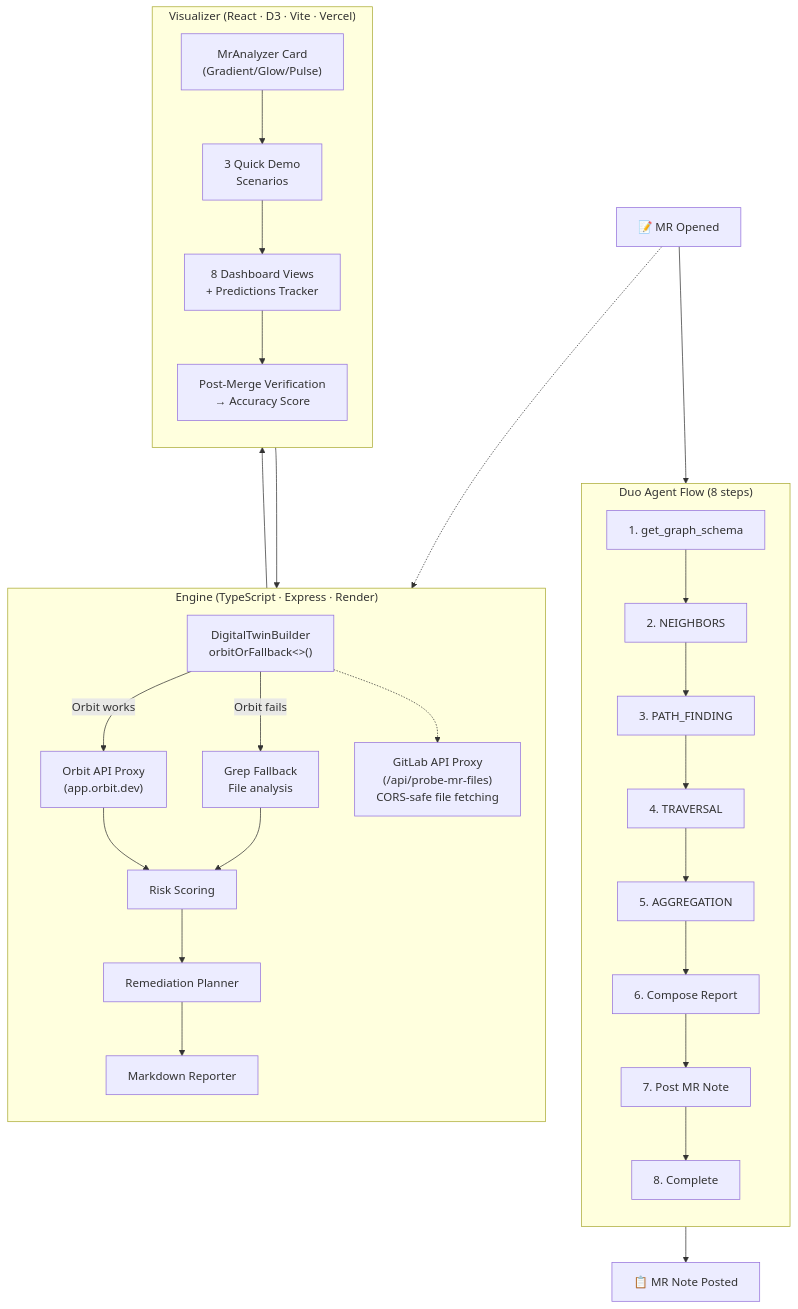
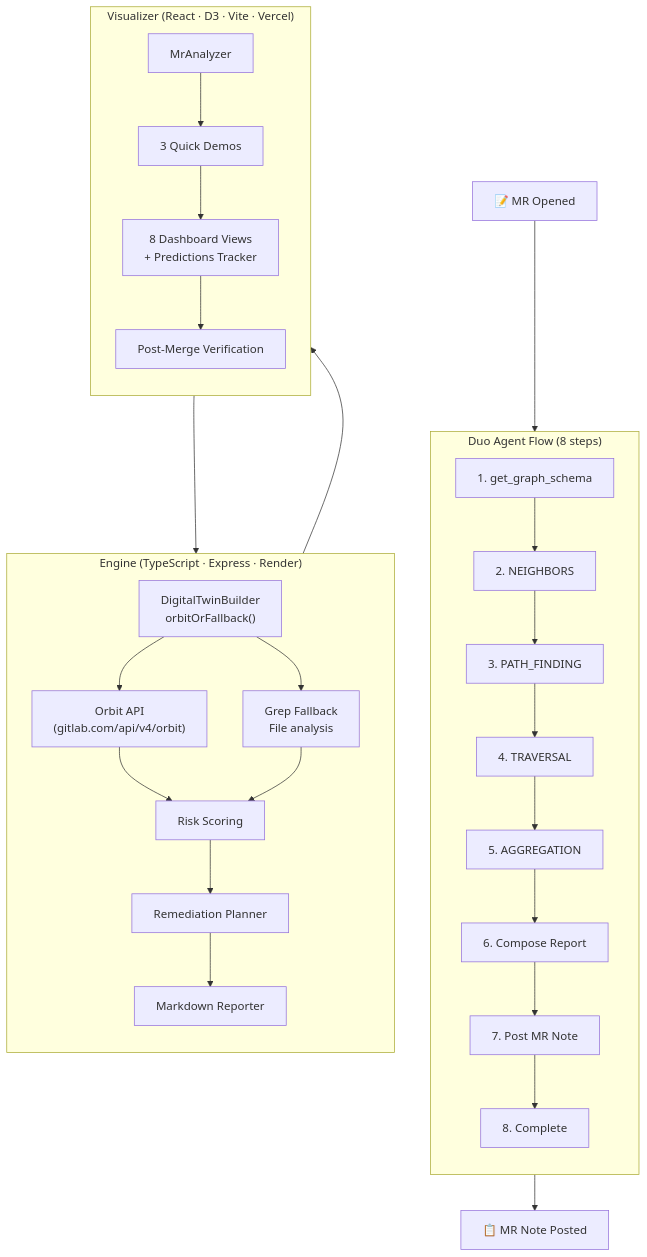
Before and after one commit to dgboy-ai/orbit-sentinel: the diagram in README.md, drawn with Mermaid. The commit also changed other lines of this file, not shown here.

````diff
--- a/README.md
+++ b/README.md
@@ -119,34 +99,33 @@
 ```mermaid
 flowchart TD
     MR["📝 MR Opened"] --> FLOW
 
     subgraph FLOW["Duo Agent Flow (8 steps)"]
         direction TB
-        S1["1. get_graph_schema"] --> S2["2. NEIGHBORS"] --> S3["3. PATH_FINDING"] --> S4["4. TRAVERSAL"] --> S5["5. AGGREGATION"]
+        S1["1. get_graph_schema"] --> S2["2. NEIGHBORS"] --> S3["3. PATH_FINDING"]
+        S3 --> S4["4. TRAVERSAL"] --> S5["5. AGGREGATION"]
         S5 --> S6["6. Compose Report"] --> S7["7. Post MR Note"] --> S8["8. Complete"]
     end
 
     FLOW --> NOTE["📋 MR Note Posted"]
 
     subgraph ENGINE["Engine (TypeScript · Express · Render)"]
         direction TB
-        E0["DigitalTwinBuilder\norbitOrFallback<>()"] -- "Orbit works" --> ORBIT["Orbit API Proxy\n(app.orbit.dev)"]
-        E0 -- "Orbit fails" --> FALLBACK["Grep Fallback\nFile analysis"]
+        E0["DigitalTwinBuilder\norbitOrFallback()"] --> ORBIT["Orbit API\n(gitlab.com/api/v4/orbit)"]
+        E0 --> FALLBACK["Grep Fallback\nFile analysis"]
         ORBIT --> E1
         FALLBACK --> E1
         E1["Risk Scoring"] --> E2["Remediation Planner"]
         E2 --> E3["Markdown Reporter"]
-        E0 -.-> GITLAB["GitLab API Proxy\n(/api/probe-mr-files)\nCORS-safe file fetching"]
     end
 
     subgraph VIZ["Visualizer (React · D3 · Vite · Vercel)"]
         direction TB
-        V1["MrAnalyzer Card\n(Gradient/Glow/Pulse)"] --> V2["3 Quick Demo\nScenarios"]
+        V1["MrAnalyzer"] --> V2["3 Quick Demos"]
         V2 --> V3["8 Dashboard Views\n+ Predictions Tracker"]
-        V3 --> V4["Post-Merge Verification\n→ Accuracy Score"]
+        V3 --> V4["Post-Merge Verification"]
     end
 
-    MR -.-> GITLAB
     VIZ --> ENGINE
     ENGINE --> VIZ
 ```
````
